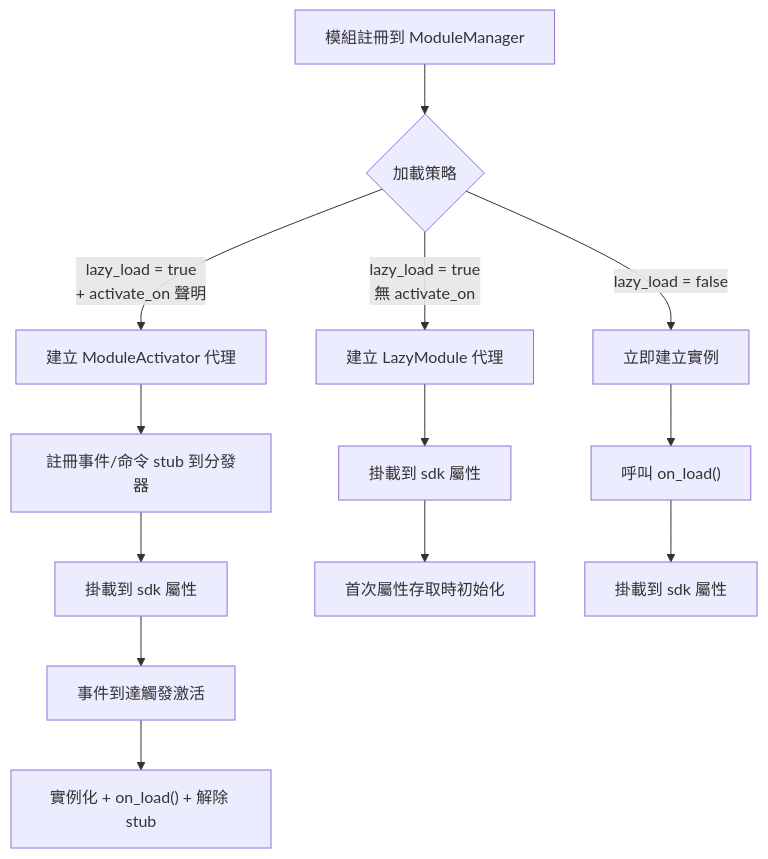
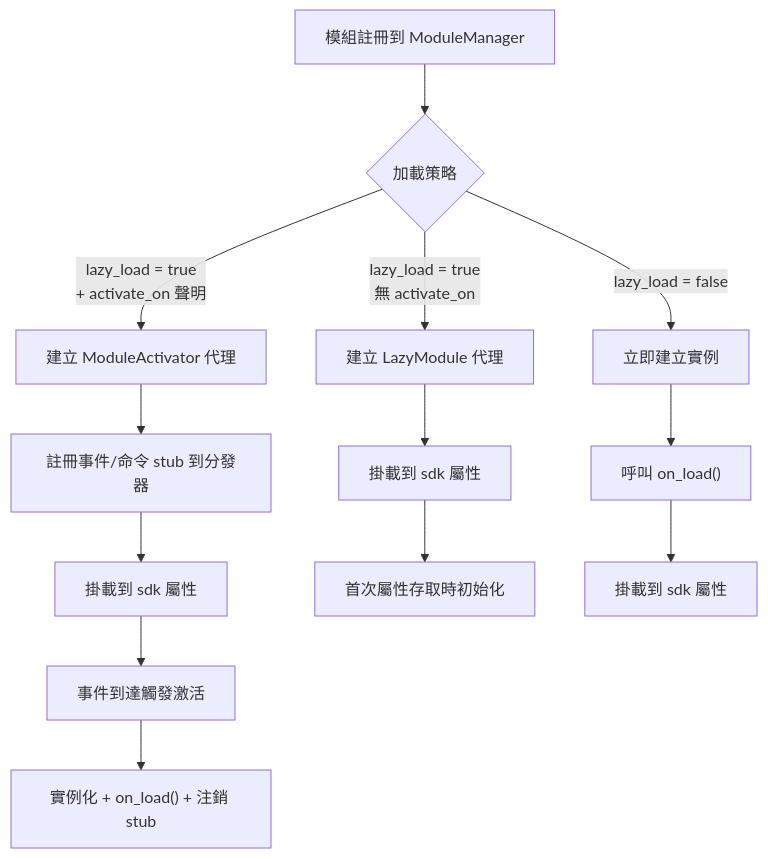
The sixth of 10 diagrams in docs/zh-TW/architecture.md (ErisPulse/ErisPulse), drawn with Mermaid before and after one commit. The commit also changed other lines of this file and 828 other files, not shown here.

````diff
--- a/docs/zh-TW/architecture.md
+++ b/docs/zh-TW/architecture.md
@@ -197,15 +200,15 @@
 ```mermaid
 flowchart TD
     A["模組註冊到 ModuleManager"] --> B{"加載策略"}
     B -->|"lazy_load = true<br/>+ activate_on 聲明"| C["建立 ModuleActivator 代理"]
     B -->|"lazy_load = true<br/>無 activate_on"| D["建立 LazyModule 代理"]
     B -->|"lazy_load = false"| E["立即建立實例"]
     C --> F["註冊事件/命令 stub 到分發器"]
     F --> G["掛載到 sdk 屬性"]
     G --> H["事件到達觸發激活"]
-    H --> I["實例化 + on_load() + 解除 stub"]
+    H --> I["實例化 + on_load() + 注銷 stub"]
     D --> J["掛載到 sdk 屬性"]
     J --> K["首次屬性存取時初始化"]
     E --> L["呼叫 on_load()"]
     L --> M["掛載到 sdk 屬性"]
 ```
````
